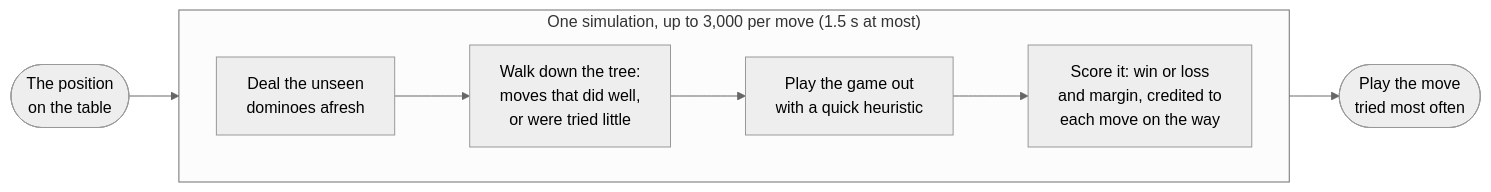
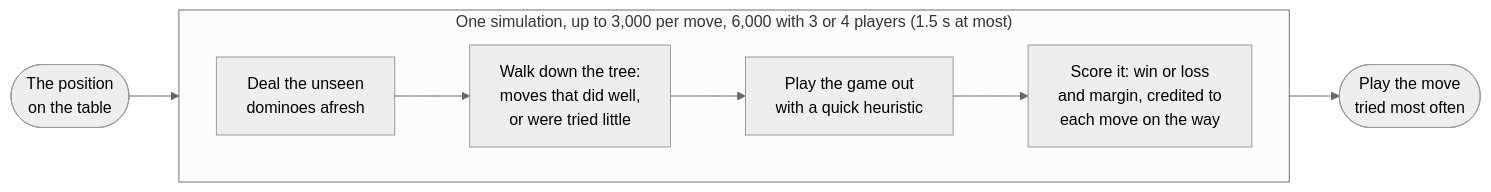
One commit to 1amthis/kingdomino-3d changed the diagram in README.md. Above: the diagram before and after it, drawn with Mermaid (neutral theme). The commit also changed other lines of this file and 2 other files, not shown here.

First line of the commit message:
Give the Expert twice the search with 3 or 4 players; bench with error bars

````diff
--- a/README.md
+++ b/README.md
@@ -159,11 +159,11 @@
 ```mermaid
 flowchart LR
     pos(["The position<br/>on the table"]) --> deal
-    subgraph sim ["One simulation, up to 3,000 per move (1.5 s at most)"]
+    subgraph sim ["One simulation, up to 3,000 per move, 6,000 with 3 or 4 players (1.5 s at most)"]
         direction LR
         deal["Deal the unseen<br/>dominoes afresh"] --> walk["Walk down the tree:<br/>moves that did well,<br/>or were tried little"]
         walk --> out["Play the game out<br/>with a quick heuristic"]
         out --> back["Score it: win or loss<br/>and margin, credited to<br/>each move on the way"]
     end
     back --> move(["Play the move<br/>tried most often"])
 ```
````
